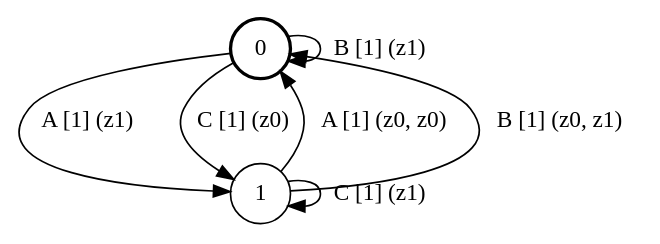
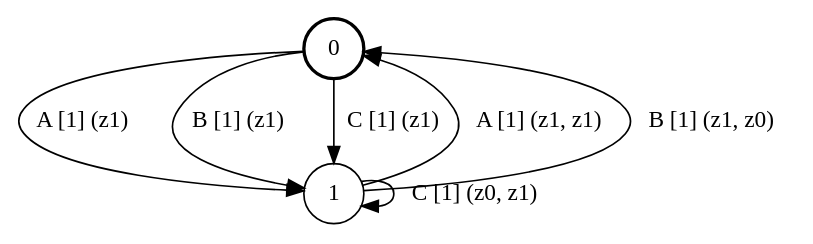
Before and after one commit to ulyantsev/EFSM-tools: the diagram in qbf/testing/fsm_2s3e2a.dot, drawn with Graphviz. The commit also changed 5228 other files, not shown here.

```diff
--- a/qbf/testing/fsm_2s3e2a.dot
+++ b/qbf/testing/fsm_2s3e2a.dot
@@ -1,12 +1,12 @@
 # generated file, don't try to modify
 # command: dot -Tpng <filename> > tree.png
 digraph Automaton {
     node [shape = circle];
     0 [style = "bold"];
     0 -> 1 [label = "A [1] (z1) "];
-    0 -> 0 [label = "B [1] (z1) "];
-    0 -> 1 [label = "C [1] (z0) "];
-    1 -> 0 [label = "A [1] (z0, z0) "];
-    1 -> 0 [label = "B [1] (z0, z1) "];
-    1 -> 1 [label = "C [1] (z1) "];
+    0 -> 1 [label = "B [1] (z1) "];
+    0 -> 1 [label = "C [1] (z1) "];
+    1 -> 0 [label = "A [1] (z1, z1) "];
+    1 -> 0 [label = "B [1] (z1, z0) "];
+    1 -> 1 [label = "C [1] (z0, z1) "];
 }
```
